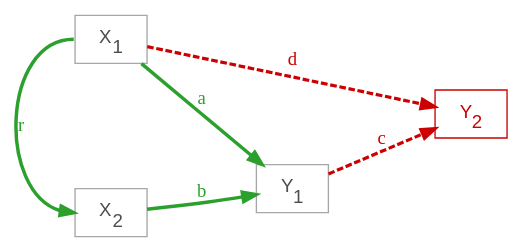
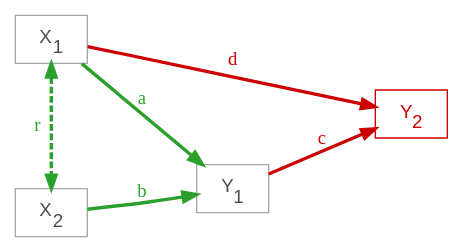
Before and after one commit to pennekampster/Swiss_SEM: diagram 19 of 34 in 5_Slides/Intro_to_SEM_part1.qmd, drawn with Graphviz. The commit also changed other lines of this file and 3 other files, not shown here.

````diff
--- a/5_Slides/Intro_to_SEM_part1.qmd
+++ b/5_Slides/Intro_to_SEM_part1.qmd
@@ -1079,19 +1086,19 @@
 ```{dot}
 //| fig-width: 6.0
 //| fig-height: 2.4
 digraph {
   graph [rankdir = LR, fontsize = 14, ranksep = 1.0, nodesep = 0.65]
   node [shape = box, fontname = Helvetica, color = "gray65", fontcolor = "gray30"]
   X1 [label = <X<SUB>1</SUB>>]; X2 [label = <X<SUB>2</SUB>>]
   Y1 [label = <Y<SUB>1</SUB>>]
   Y2 [label = <Y<SUB>2</SUB>>, color = "#cc0000", fontcolor = "#cc0000"]
   edge [color = "gray70", fontcolor = "gray55"]
   X1 -> Y1 [label = "a", color = "#2ca02c", penwidth = 2.6, fontcolor = "#2ca02c"]
   X2 -> Y1 [label = "b", color = "#2ca02c", penwidth = 2.6, fontcolor = "#2ca02c"]
-  X1:w -> X2:w [dir = both, constraint = false, label = "r", color = "#2ca02c", penwidth = 2.6, fontcolor = "#2ca02c"]
-  X1 -> Y2 [label = "d", color = "#cc0000", style = dashed, penwidth = 2.4, fontcolor = "#cc0000"]
-  Y1 -> Y2 [label = "c", color = "#cc0000", style = dashed, penwidth = 2.4, fontcolor = "#cc0000"]
+  X1 -> X2 [dir = both, constraint = false, label = "r", color = "#2ca02c", penwidth = 2.6, fontcolor = "#2ca02c", style = dashed]
+  X1 -> Y2 [label = "d", color = "#cc0000", penwidth = 2.4, fontcolor = "#cc0000"]
+  Y1 -> Y2 [label = "c", color = "#cc0000", penwidth = 2.4, fontcolor = "#cc0000"]
   {rank = min; X1; X2}
   {rank = max; Y2}
 }
 ```
````
